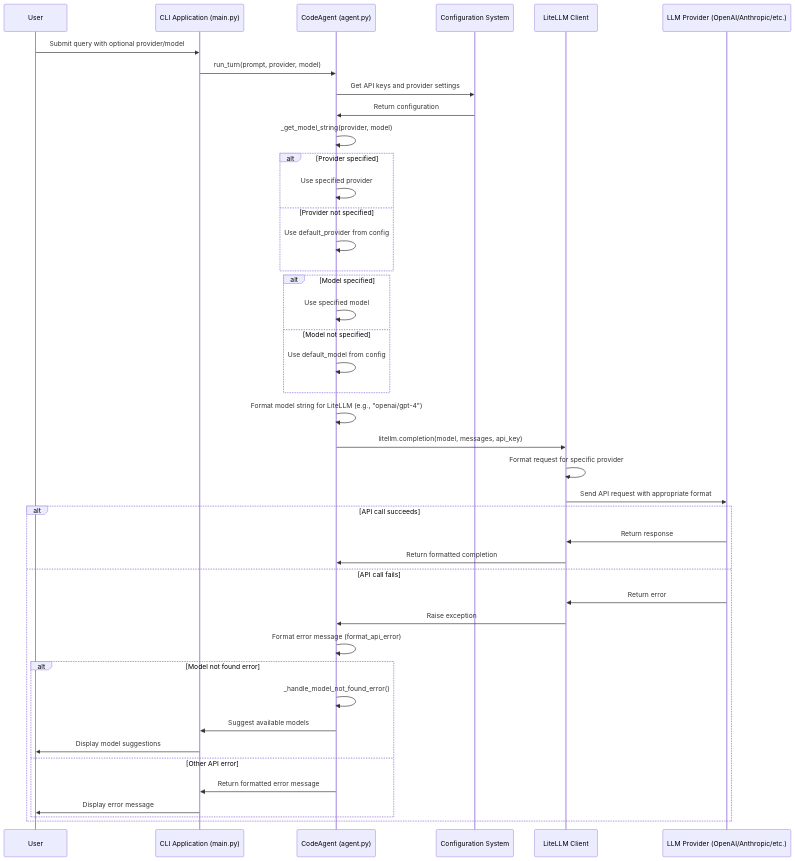
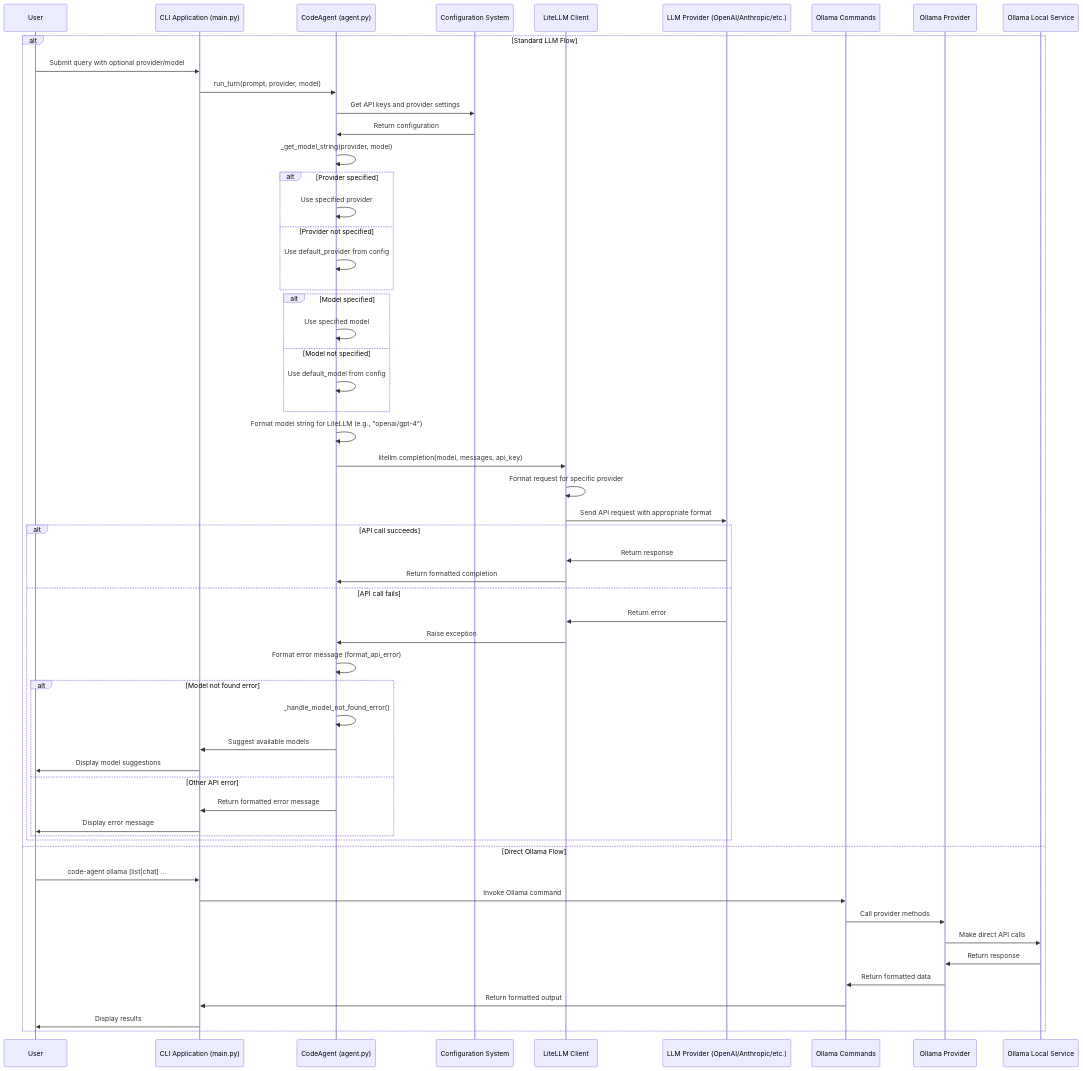
The diagram in docs/feature_models_providers.md (BlueCentre/code-agent), drawn with Mermaid before and after one commit. The commit also changed other lines of this file and 33 other files, not shown here.

````diff
--- a/docs/feature_models_providers.md
+++ b/docs/feature_models_providers.md
@@ -175,54 +200,69 @@
 ```mermaid
 sequenceDiagram
     participant User
     participant CLI as CLI Application (main.py)
     participant Agent as CodeAgent (agent.py)
     participant Config as Configuration System
     participant LiteLLM as LiteLLM Client
     participant Provider as LLM Provider (OpenAI/Anthropic/etc.)
+    participant OllamaCmd as Ollama Commands
+    participant OllamaProvider as Ollama Provider
+    participant OllamaService as Ollama Local Service
 
-    User->>CLI: Submit query with optional provider/model
-    CLI->>Agent: run_turn(prompt, provider, model)
+    alt Standard LLM Flow
+        User->>CLI: Submit query with optional provider/model
+        CLI->>Agent: run_turn(prompt, provider, model)
 
-    Agent->>Config: Get API keys and provider settings
-    Config->>Agent: Return configuration
+        Agent->>Config: Get API keys and provider settings
+        Config->>Agent: Return configuration
 
-    Agent->>Agent: _get_model_string(provider, model)
+        Agent->>Agent: _get_model_string(provider, model)
 
-    alt Provider specified
-        Agent->>Agent: Use specified provider
-    else Provider not specified
-        Agent->>Agent: Use default_provider from config
-    end
+        alt Provider specified
+            Agent->>Agent: Use specified provider
+        else Provider not specified
+            Agent->>Agent: Use default_provider from config
+        end
 
-    alt Model specified
-        Agent->>Agent: Use specified model
-    else Model not specified
-        Agent->>Agent: Use default_model from config
-    end
+        alt Model specified
+            Agent->>Agent: Use specified model
+        else Model not specified
+            Agent->>Agent: Use default_model from config
+        end
 
-    Agent->>Agent: Format model string for LiteLLM (e.g., "openai/gpt-4")
+        Agent->>Agent: Format model string for LiteLLM (e.g., "openai/gpt-4")
 
-    Agent->>LiteLLM: litellm.completion(model, messages, api_key)
+        Agent->>LiteLLM: litellm.completion(model, messages, api_key)
 
-    LiteLLM->>LiteLLM: Format request for specific provider
-    LiteLLM->>Provider: Send API request with appropriate format
+        LiteLLM->>LiteLLM: Format request for specific provider
+        LiteLLM->>Provider: Send API request with appropriate format
 
-    alt API call succeeds
-        Provider->>LiteLLM: Return response
-        LiteLLM->>Agent: Return formatted completion
-    else API call fails
-        Provider->>LiteLLM: Return error
-        LiteLLM->>Agent: Raise exception
-        Agent->>Agent: Format error message (format_api_error)
+        alt API call succeeds
+            Provider->>LiteLLM: Return response
+            LiteLLM->>Agent: Return formatted completion
+        else API call fails
+            Provider->>LiteLLM: Return error
+            LiteLLM->>Agent: Raise exception
+            Agent->>Agent: Format error message (format_api_error)
 
-        alt Model not found error
-            Agent->>Agent: _handle_model_not_found_error()
-            Agent->>CLI: Suggest available models
-            CLI->>User: Display model suggestions
-        else Other API error
-            Agent->>CLI: Return formatted error message
-            CLI->>User: Display error message
+            alt Model not found error
+                Agent->>Agent: _handle_model_not_found_error()
+                Agent->>CLI: Suggest available models
+                CLI->>User: Display model suggestions
+            else Other API error
+                Agent->>CLI: Return formatted error message
+                CLI->>User: Display error message
+            end
         end
+
+    else Direct Ollama Flow
+        User->>CLI: code-agent ollama [list|chat] ...
+        CLI->>OllamaCmd: Invoke Ollama command
+        OllamaCmd->>OllamaProvider: Call provider methods
+        OllamaProvider->>OllamaService: Make direct API calls
+        OllamaService->>OllamaProvider: Return response
+        OllamaProvider->>OllamaCmd: Return formatted data
+        OllamaCmd->>CLI: Return formatted output
+        CLI->>User: Display results
     end
 ```
````
